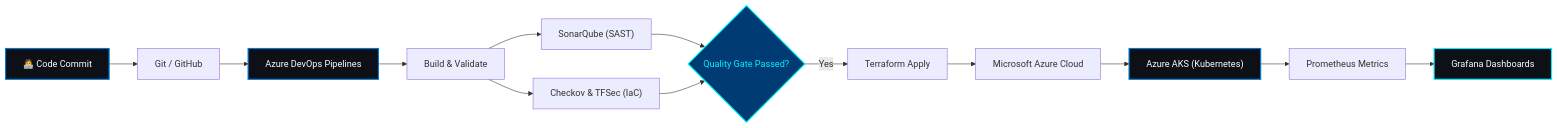
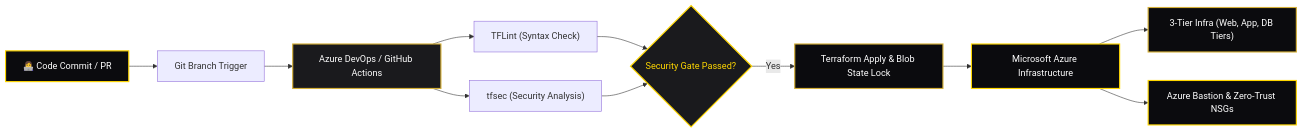
Before and after one commit to Pjaisw1103/Pjaisw1103: the diagram in README.md, drawn with Mermaid. The commit also changed other lines of this file, not shown here.

Commit message:
docs: update GitHub profile README to align with resume

````diff
--- a/README.md
+++ b/README.md
@@ -95,26 +81,21 @@
 ```mermaid
 flowchart LR
-    A["👩‍💻 Code Commit"] --> B["Git / GitHub"]
-    B --> C["Azure DevOps Pipelines"]
-    C --> D["Build & Validate"]
+    A["👩‍💻 Code Commit / PR"] --> B["Git Branch Trigger"]
+    B --> C["Azure DevOps / GitHub Actions"]
+    C --> D["TFLint (Syntax Check)"]
+    C --> E["tfsec (Security Analysis)"]
+    D --> F{"Security Gate Passed?"}
+    E --> F
+    F -- Yes --> G["Terraform Apply & Blob State Lock"]
+    G --> H["Microsoft Azure Infrastructure"]
+    H --> I["3-Tier Infra (Web, App, DB Tiers)"]
+    H --> J["Azure Bastion & Zero-Trust NSGs"]
 
-    D --> E["SonarQube (SAST)"]
-    D --> F["Checkov & TFSec (IaC)"]
-
-    E --> G{"Quality Gate Passed?"}
-    F --> G
-
-    G -- Yes --> H["Terraform Apply"]
-    H --> I["Microsoft Azure Cloud"]
-
-    I --> J["Azure AKS (Kubernetes)"]
-
-    J --> K["Prometheus Metrics"]
-    K --> L["Grafana Dashboards"]
-
-    style A fill:#0d1117,stroke:#0078d4,stroke-width:2px,color:#fff
-    style C fill:#0d1117,stroke:#0078d4,stroke-width:2px,color:#fff
-    style G fill:#003b73,stroke:#00f0ff,stroke-width:2px,color:#00f0ff
-    style J fill:#0d1117,stroke:#0078d4,stroke-width:2px,color:#fff
-    style L fill:#0d1117,stroke:#00f0ff,stroke-width:2px,color:#fff
+    style A fill:#0b0b0e,stroke:#ffd700,stroke-width:2px,color:#fff
+    style C fill:#1a1a1d,stroke:#d4af37,stroke-width:2px,color:#fff
+    style F fill:#1a1a1d,stroke:#ffd700,stroke-width:2px,color:#ffd700
+    style G fill:#0b0b0e,stroke:#d4af37,stroke-width:2px,color:#fff
+    style H fill:#0b0b0e,stroke:#ffd700,stroke-width:2px,color:#fff
+    style I fill:#0b0b0e,stroke:#d4af37,stroke-width:2px,color:#fff
+    style J fill:#0b0b0e,stroke:#ffd700,stroke-width:2px,color:#fff
 ```
````
